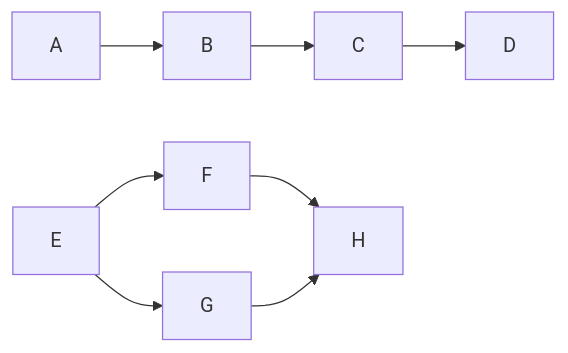
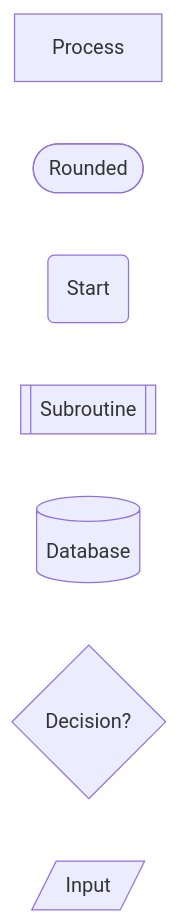
Before and after one commit to basidiocarp/lamella: the second of 7 diagrams in resources/skills/tools/mermaid-diagrams/references/flowcharts.md, drawn with Mermaid. The commit also changed other lines of this file and 1251 other files, not shown here.

````diff
--- a/resources/skills/tools/mermaid-diagrams/references/flowcharts.md
+++ b/resources/skills/tools/mermaid-diagrams/references/flowcharts.md
@@ -126,5 +22,10 @@
 ```mermaid
 flowchart LR
-    A --> B --> C --> D
-    E --> F & G --> H
+  A[Process]
+  B([Rounded])
+  C(Start)
+  D[[Subroutine]]
+  E[(Database)]
+  F{Decision?}
+  G[/Input/]
 ```
````
